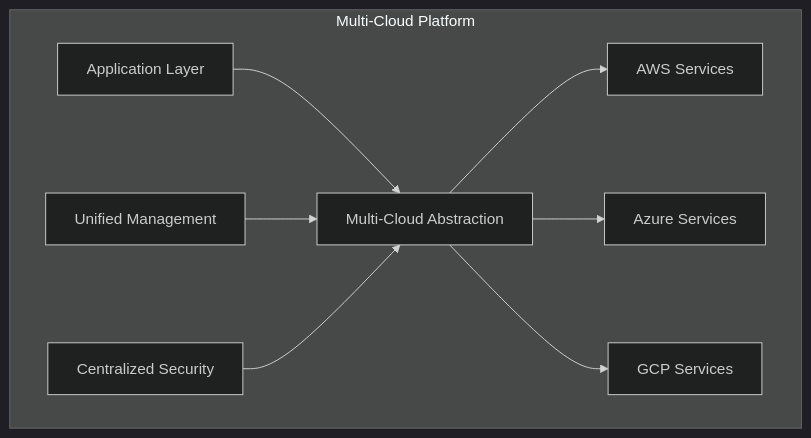
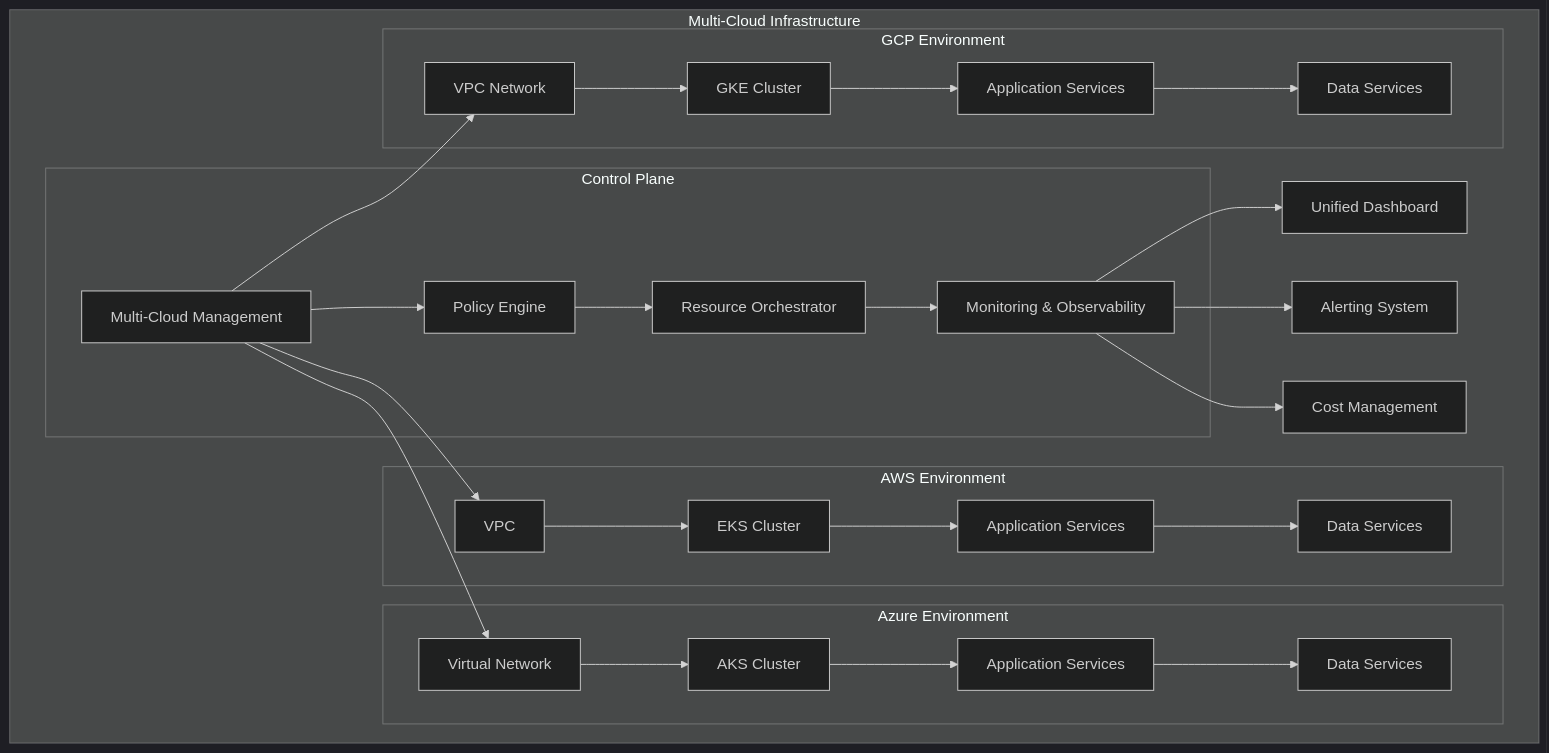
One commit to pxkundu/DevSecOps-Bootcamp changed the first of 3 diagrams in AI-DataPlatformSolutions/04-Infrastructure/projects/cloud-native-platforms/README.md. Above: the diagram before and after it, drawn with Mermaid (dark theme). The commit also changed other lines of this file and 18 other files, not shown here.

First line of the commit message:
feat: Complete Cloud Infrastructure Engineering Portfolio Project

````diff
--- a/AI-DataPlatformSolutions/04-Infrastructure/projects/cloud-native-platforms/README.md
+++ b/AI-DataPlatformSolutions/04-Infrastructure/projects/cloud-native-platforms/README.md
@@ -227,12 +134,36 @@
 ```mermaid
 graph TB
-    subgraph "Multi-Cloud Platform"
-        A[Application Layer] --> B[Multi-Cloud Abstraction]
-        B --> C[AWS Services]
-        B --> D[Azure Services]
-        B --> E[GCP Services]
+    subgraph "Multi-Cloud Infrastructure"
+        subgraph "Control Plane"
+            A[Multi-Cloud Management] --> B[Policy Engine]
+            B --> C[Resource Orchestrator]
+            C --> D[Monitoring & Observability]
+        end
         
-        F[Unified Management] --> B
-        G[Centralized Security] --> B
+        subgraph "AWS Environment"
+            E[VPC] --> F[EKS Cluster]
+            F --> G[Application Services]
+            G --> H[Data Services]
+        end
+        
+        subgraph "Azure Environment"
+            I[Virtual Network] --> J[AKS Cluster]
+            J --> K[Application Services]
+            K --> L[Data Services]
+        end
+        
+        subgraph "GCP Environment"
+            M[VPC Network] --> N[GKE Cluster]
+            N --> O[Application Services]
+            O --> P[Data Services]
+        end
+        
+        A --> E
+        A --> I
+        A --> M
+        
+        D --> Q[Unified Dashboard]
+        D --> R[Alerting System]
+        D --> S[Cost Management]
     end
 ```
````
